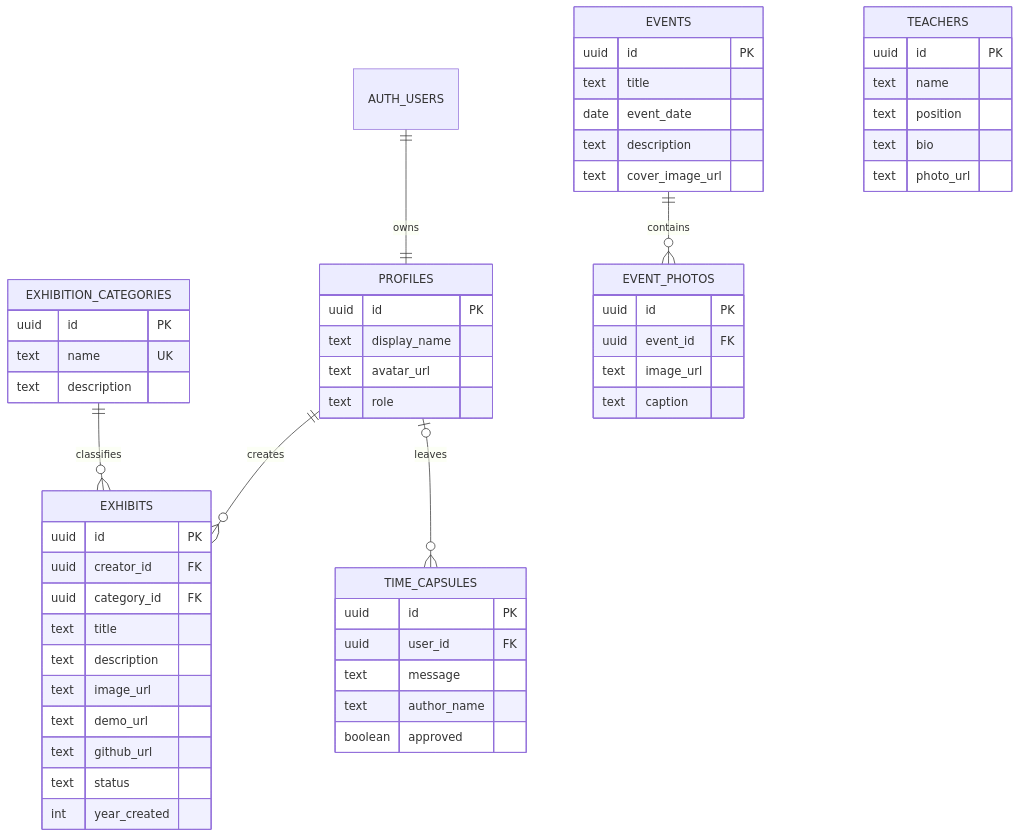
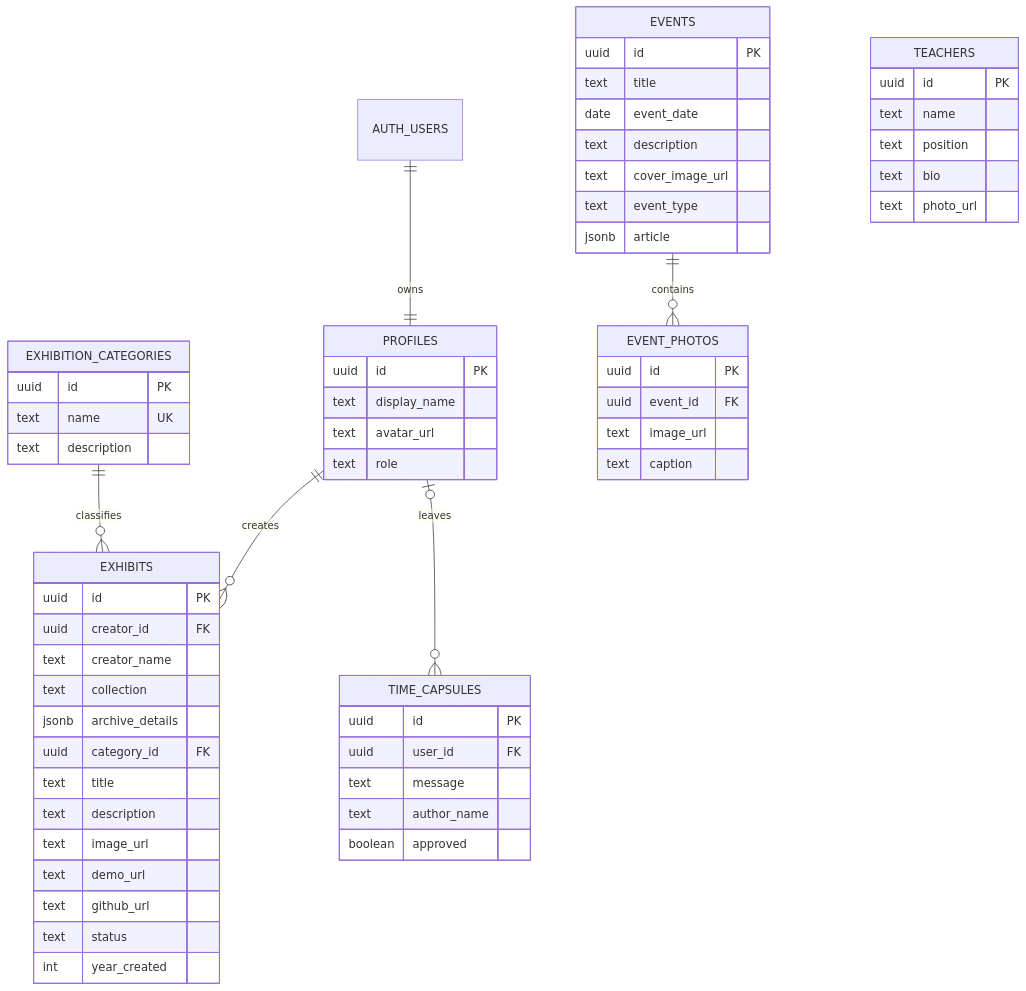
The diagram in docs/architecture-and-demo.md (nandydn555-cell/swe-hw), drawn with Mermaid before and after one commit. The commit also changed other lines of this file and 22 other files, not shown here.

````diff
--- a/docs/architecture-and-demo.md
+++ b/docs/architecture-and-demo.md
@@ -5,59 +5,64 @@
 ```mermaid
 erDiagram
   AUTH_USERS ||--|| PROFILES : owns
   PROFILES ||--o{ EXHIBITS : creates
   EXHIBITION_CATEGORIES ||--o{ EXHIBITS : classifies
   EVENTS ||--o{ EVENT_PHOTOS : contains
   PROFILES o|--o{ TIME_CAPSULES : leaves
 
   PROFILES {
     uuid id PK
     text display_name
     text avatar_url
     text role
   }
   EXHIBITION_CATEGORIES {
     uuid id PK
     text name UK
     text description
   }
   EXHIBITS {
     uuid id PK
     uuid creator_id FK
+    text creator_name
+    text collection
+    jsonb archive_details
     uuid category_id FK
     text title
     text description
     text image_url
     text demo_url
     text github_url
     text status
     int year_created
   }
   TEACHERS {
     uuid id PK
     text name
     text position
     text bio
     text photo_url
   }
   EVENTS {
     uuid id PK
     text title
     date event_date
     text description
     text cover_image_url
+    text event_type
+    jsonb article
   }
   EVENT_PHOTOS {
     uuid id PK
     uuid event_id FK
     text image_url
     text caption
   }
   TIME_CAPSULES {
     uuid id PK
     uuid user_id FK
     text message
     text author_name
     boolean approved
   }
 ```
````
